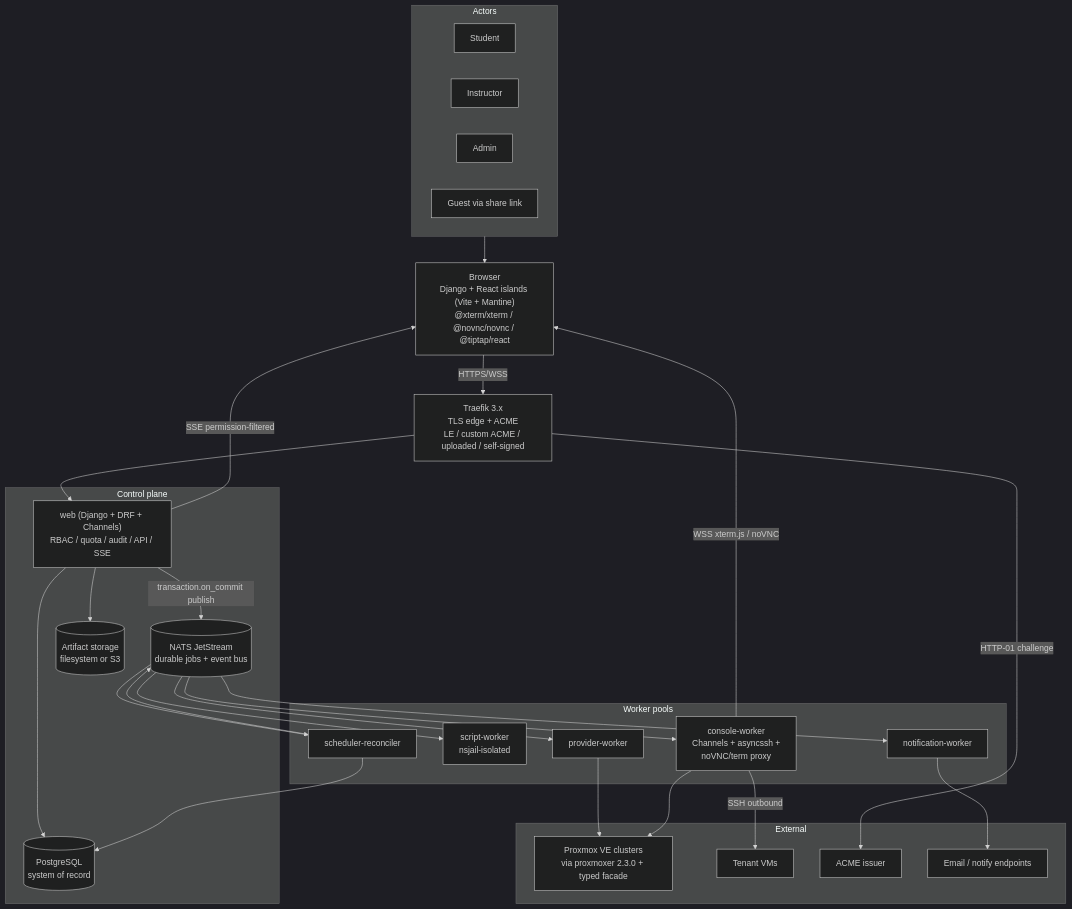
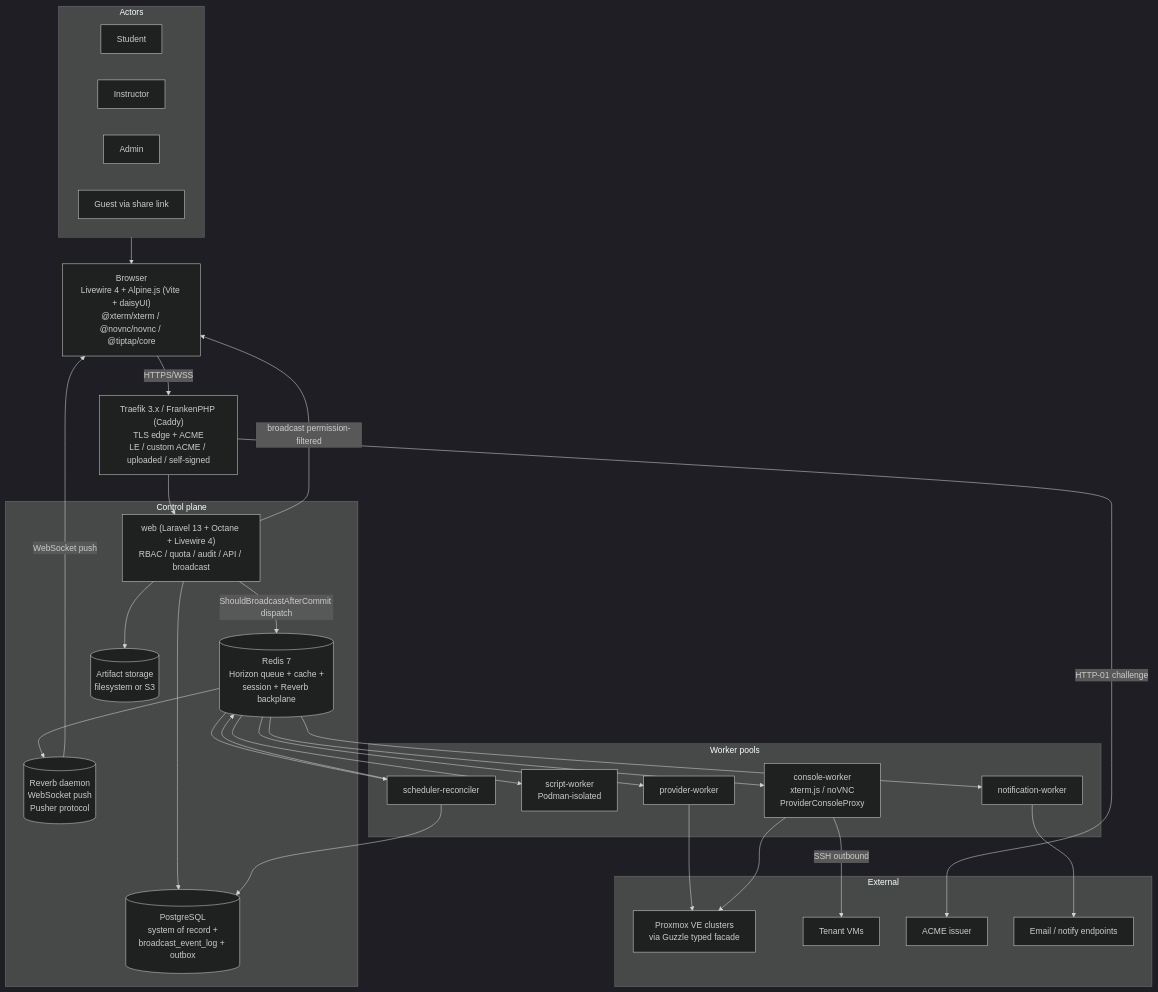
The first of 8 diagrams in docs/architecture/diagrams.md (cyberbalsa/racklab), drawn with Mermaid (dark theme) before and after one commit. The commit also changed other lines of this file and 24 other files, not shown here.

First line of the commit message:
docs: remove all NATS / NATS JetStream references — replaced by Redis + Reverb + Postgres outbox

````diff
--- a/docs/architecture/diagrams.md
+++ b/docs/architecture/diagrams.md
@@ -9,60 +9,63 @@
 ```mermaid
 graph TB
     subgraph Actors
         Student[Student]
         Instructor[Instructor]
         Admin[Admin]
         Guest[Guest via share link]
     end
 
-    Browser["Browser<br/>Django + React islands (Vite + Mantine)<br/>@xterm/xterm / @novnc/novnc / @tiptap/react"]
+    Browser["Browser<br/>Livewire 4 + Alpine.js (Vite + daisyUI)<br/>@xterm/xterm / @novnc/novnc / @tiptap/core"]
 
-    Traefik["Traefik 3.x<br/>TLS edge + ACME<br/>LE / custom ACME / uploaded / self-signed"]
+    Traefik["Traefik 3.x / FrankenPHP (Caddy)<br/>TLS edge + ACME<br/>LE / custom ACME / uploaded / self-signed"]
 
     subgraph Core [Control plane]
-        Web["web (Django + DRF + Channels)<br/>RBAC / quota / audit / API / SSE"]
-        Postgres[(PostgreSQL<br/>system of record)]
-        NATS[(NATS JetStream<br/>durable jobs + event bus)]
+        Web["web (Laravel 13 + Octane + Livewire 4)<br/>RBAC / quota / audit / API / broadcast"]
+        Postgres[(PostgreSQL<br/>system of record +<br/>broadcast_event_log + outbox)]
+        Redis[(Redis 7<br/>Horizon queue + cache +<br/>session + Reverb backplane)]
+        Reverb[(Reverb daemon<br/>WebSocket push<br/>Pusher protocol)]
         ArtStore[(Artifact storage<br/>filesystem or S3)]
     end
 
     subgraph Workers [Worker pools]
         ProvW[provider-worker]
-        ScriptW["script-worker<br/>nsjail-isolated"]
-        ConsW["console-worker<br/>Channels + asyncssh +<br/>noVNC/term proxy"]
+        ScriptW["script-worker<br/>Podman-isolated"]
+        ConsW["console-worker<br/>xterm.js / noVNC<br/>ProviderConsoleProxy"]
         SchedW[scheduler-reconciler]
         NotifW[notification-worker]
     end
 
     subgraph External
-        Proxmox["Proxmox VE clusters<br/>via proxmoxer 2.3.0 + typed facade"]
+        Proxmox["Proxmox VE clusters<br/>via Guzzle typed facade"]
         VMs[Tenant VMs]
         ACME[ACME issuer]
         SMTP[Email / notify endpoints]
     end
 
     Actors --> Browser
     Browser -- HTTPS/WSS --> Traefik
     Traefik --> Web
     Web --> Postgres
-    Web -- "transaction.on_commit publish" --> NATS
+    Web -- "ShouldBroadcastAfterCommit dispatch" --> Redis
     Web --> ArtStore
 
-    NATS --> ProvW
-    NATS --> ScriptW
-    NATS --> ConsW
-    NATS --> SchedW
-    NATS --> NotifW
+    Redis --> ProvW
+    Redis --> ScriptW
+    Redis --> ConsW
+    Redis --> SchedW
+    Redis --> NotifW
+
+    Redis --> Reverb
+    Reverb -- "WebSocket push" --> Browser
 
     ProvW --> Proxmox
     ConsW --> Proxmox
     ConsW -- "SSH outbound" --> VMs
     SchedW --> Postgres
-    SchedW --> NATS
+    SchedW --> Redis
     NotifW --> SMTP
 
     Traefik -- "HTTP-01 challenge" --> ACME
 
-    Web -- "SSE permission-filtered" --> Browser
-    ConsW -- "WSS xterm.js / noVNC" --> Browser
+    Web -- "broadcast permission-filtered" --> Browser
 ```
````
